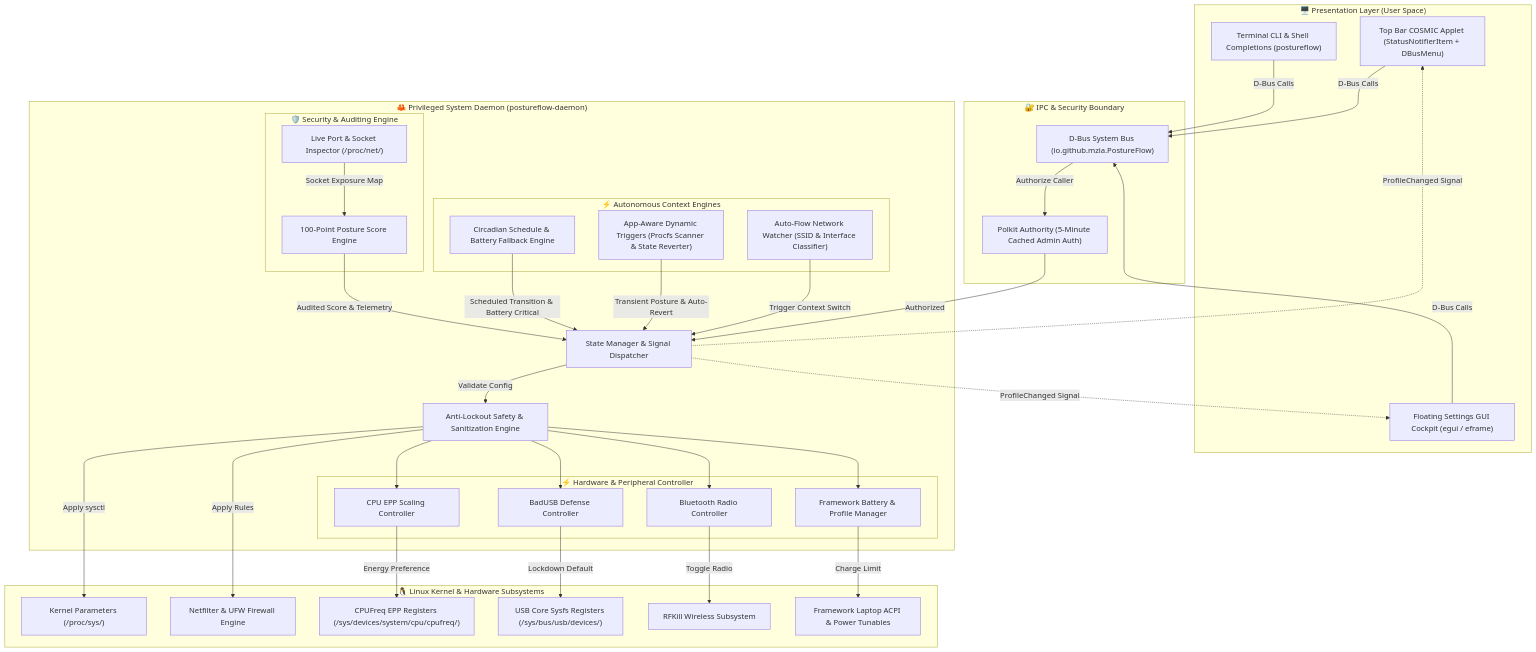
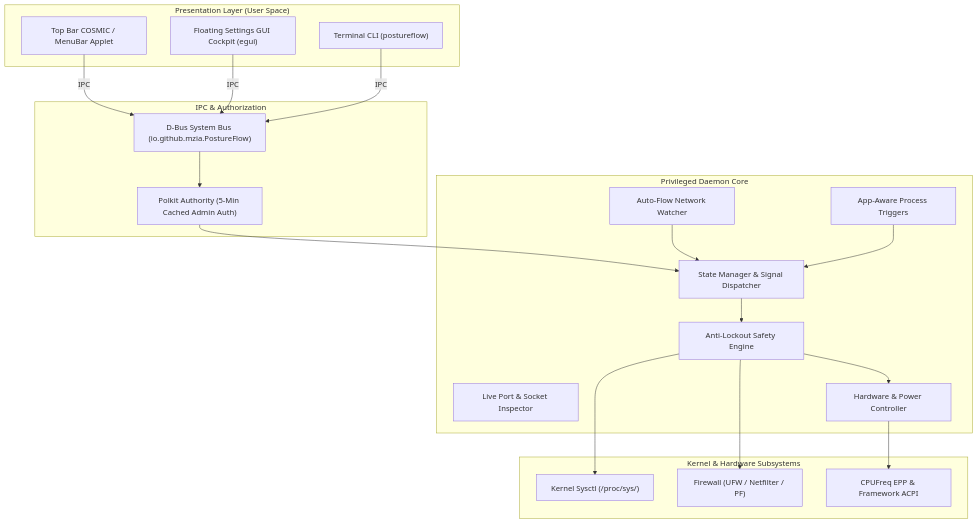
One commit to mzia/PostureFlow changed the diagram in README.md. Above: the diagram before and after it, drawn with Mermaid. The commit also changed other lines of this file and 18 other files, not shown here.

First line of the commit message:
feat(hardware,theme): add Framework motion sentry, dynamic COSMIC themes, singleton applet, and Snyk CI gate

````diff
--- a/README.md
+++ b/README.md
@@ -135,75 +154,44 @@
 ```mermaid
 flowchart TD
-    subgraph Frontends ["🖥️ Presentation Layer (User Space)"]
-        APPLET["Top Bar COSMIC Applet (StatusNotifierItem + DBusMenu)"]
-        GUI["Floating Settings GUI Cockpit (egui / eframe)"]
-        CLI["Terminal CLI & Shell Completions (postureflow)"]
+    subgraph Frontends ["Presentation Layer (User Space)"]
+        APPLET["Top Bar COSMIC / MenuBar Applet"]
+        GUI["Floating Settings GUI Cockpit (egui)"]
+        CLI["Terminal CLI (postureflow)"]
     end
 
-    subgraph SecurityBoundary ["🔐 IPC & Security Boundary"]
+    subgraph SecurityBoundary ["IPC & Authorization"]
         DBUS["D-Bus System Bus (io.github.mzia.PostureFlow)"]
-        POLKIT["Polkit Authority (5-Minute Cached Admin Auth)"]
+        POLKIT["Polkit Authority (5-Min Cached Admin Auth)"]
     end
 
-    subgraph Daemon ["🦀 Privileged System Daemon (postureflow-daemon)"]
+    subgraph Daemon ["Privileged Daemon Core"]
         DISPATCHER["State Manager & Signal Dispatcher"]
-        VALIDATOR["Anti-Lockout Safety & Sanitization Engine"]
-        
-        subgraph AutonomousEngines ["⚡ Autonomous Context Engines"]
-            AUTOFLOW["Auto-Flow Network Watcher (SSID & Interface Classifier)"]
-            TRIGGERS["App-Aware Dynamic Triggers (Procfs Scanner & State Reverter)"]
-            SCHEDULE["Circadian Schedule & Battery Fallback Engine"]
-        end
-
-        subgraph SecurityEngine ["🛡️ Security & Auditing Engine"]
-            INSPECTOR["Live Port & Socket Inspector (/proc/net/)"]
-            SCORER["100-Point Posture Score Engine"]
-        end
-
-        subgraph HardwareEngine ["⚡ Hardware & Peripheral Controller"]
-            EPP_CTRL["CPU EPP Scaling Controller"]
-            USB_CTRL["BadUSB Defense Controller"]
-            BT_CTRL["Bluetooth Radio Controller"]
-            PWR_CTRL["Framework Battery & Profile Manager"]
-        end
+        VALIDATOR["Anti-Lockout Safety Engine"]
+        AUTOFLOW["Auto-Flow Network Watcher"]
+        TRIGGERS["App-Aware Process Triggers"]
+        INSPECTOR["Live Port & Socket Inspector"]
+        PWR_CTRL["Hardware & Power Controller"]
     end
 
-    subgraph KernelSpace ["🐧 Linux Kernel & Hardware Subsystems"]
-        SYSCTL["Kernel Parameters (/proc/sys/)"]
-        FIREWALL["Netfilter & UFW Firewall Engine"]
-        SYSFS_CPU["CPUFreq EPP Registers (/sys/devices/system/cpu/cpufreq/)"]
-        SYSFS_USB["USB Core Sysfs Registers (/sys/bus/usb/devices/)"]
-        RFKILL["RFKill Wireless Subsystem"]
-        FRAMEWORK_ACPI["Framework Laptop ACPI & Power Tunables"]
+    subgraph Enforcement ["Kernel & Hardware Subsystems"]
+        SYSCTL["Kernel Sysctl (/proc/sys/)"]
+        FIREWALL["Firewall (UFW / Netfilter / PF)"]
+        SYSFS["CPUFreq EPP & Framework ACPI"]
     end
 
-    APPLET -->|D-Bus Calls| DBUS
-    GUI -->|D-Bus Calls| DBUS
-    CLI -->|D-Bus Calls| DBUS
+    APPLET -->|IPC| DBUS
+    GUI -->|IPC| DBUS
+    CLI -->|IPC| DBUS
 
-    DBUS -->|Authorize Caller| POLKIT
-    POLKIT -->|Authorized| DISPATCHER
+    DBUS --> POLKIT
+    POLKIT --> DISPATCHER
+    DISPATCHER --> VALIDATOR
 
-    DISPATCHER -->|Validate Config| VALIDATOR
-    DISPATCHER -.->|ProfileChanged Signal| APPLET
-    DISPATCHER -.->|ProfileChanged Signal| GUI
+    AUTOFLOW --> DISPATCHER
+    TRIGGERS --> DISPATCHER
 
-    AUTOFLOW -->|Trigger Context Switch| DISPATCHER
-    TRIGGERS -->|Transient Posture & Auto-Revert| DISPATCHER
-    SCHEDULE -->|Scheduled Transition & Battery Critical| DISPATCHER
-
-    INSPECTOR -->|Socket Exposure Map| SCORER
-    SCORER -->|Audited Score & Telemetry| DISPATCHER
-
-    VALIDATOR --> EPP_CTRL
-    VALIDATOR --> USB_CTRL
-    VALIDATOR --> BT_CTRL
+    VALIDATOR --> SYSCTL
+    VALIDATOR --> FIREWALL
     VALIDATOR --> PWR_CTRL
-
-    VALIDATOR -->|Apply sysctl| SYSCTL
-    VALIDATOR -->|Apply Rules| FIREWALL
-    EPP_CTRL -->|Energy Preference| SYSFS_CPU
-    USB_CTRL -->|Lockdown Default| SYSFS_USB
-    BT_CTRL -->|Toggle Radio| RFKILL
-    PWR_CTRL -->|Charge Limit| FRAMEWORK_ACPI
+    PWR_CTRL --> SYSFS
 ```
````
